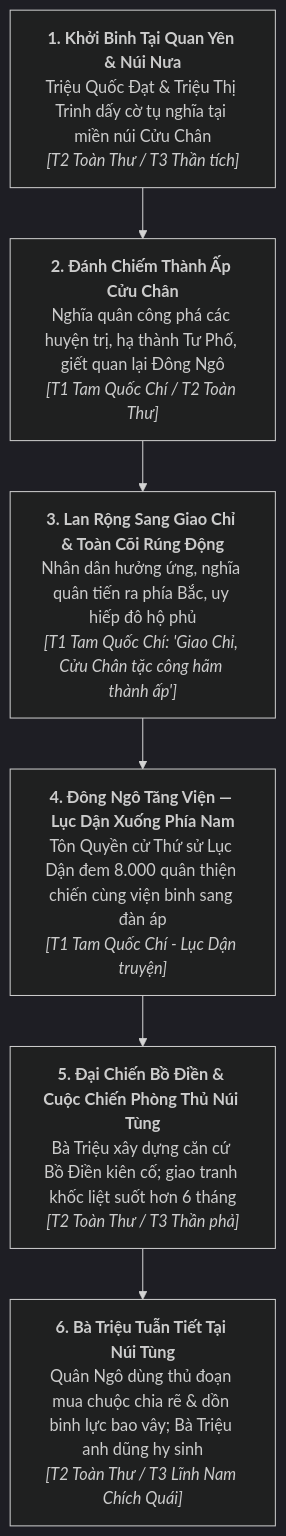
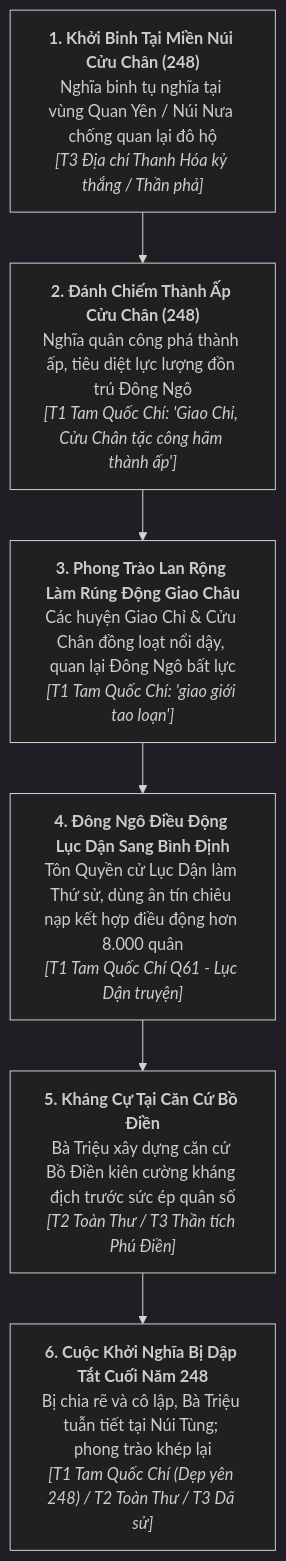
Before and after one commit to LightDucan/HuyenSu-TD: the diagram in docs/drafts/viet-su/ba-trieu-248/historical-context-and-timeline.md, drawn with Mermaid (dark theme). The commit also changed other lines of this file and 6 other files, not shown here.

````diff
--- a/docs/drafts/viet-su/ba-trieu-248/historical-context-and-timeline.md
+++ b/docs/drafts/viet-su/ba-trieu-248/historical-context-and-timeline.md
@@ -25,9 +25,9 @@
 ```mermaid
 flowchart TD
-    P1["<b>1. Khởi Binh Tại Quan Yên & Núi Nưa</b><br>Triệu Quốc Đạt & Triệu Thị Trinh dấy cờ tụ nghĩa tại miền núi Cửu Chân<br><i>[T2 Toàn Thư / T3 Thần tích]</i>"]
-    --> P2["<b>2. Đánh Chiếm Thành Ấp Cửu Chân</b><br>Nghĩa quân công phá các huyện trị, hạ thành Tư Phố, giết quan lại Đông Ngô<br><i>[T1 Tam Quốc Chí / T2 Toàn Thư]</i>"]
-    --> P3["<b>3. Lan Rộng Sang Giao Chỉ & Toàn Cõi Rúng Động</b><br>Nhân dân hưởng ứng, nghĩa quân tiến ra phía Bắc, uy hiếp đô hộ phủ<br><i>[T1 Tam Quốc Chí: 'Giao Chỉ, Cửu Chân tặc công hãm thành ấp']</i>"]
-    --> P4["<b>4. Đông Ngô Tăng Viện — Lục Dận Xuống Phía Nam</b><br>Tôn Quyền cử Thứ sử Lục Dận đem 8.000 quân thiện chiến cùng viện binh sang đàn áp<br><i>[T1 Tam Quốc Chí - Lục Dận truyện]</i>"]
-    --> P5["<b>5. Đại Chiến Bồ Điền & Cuộc Chiến Phòng Thủ Núi Tùng</b><br>Bà Triệu xây dựng căn cứ Bồ Điền kiên cố; giao tranh khốc liệt suốt hơn 6 tháng<br><i>[T2 Toàn Thư / T3 Thần phả]</i>"]
-    --> P6["<b>6. Bà Triệu Tuẫn Tiết Tại Núi Tùng</b><br>Quân Ngô dùng thủ đoạn mua chuộc chia rẽ & dồn binh lực bao vây; Bà Triệu anh dũng hy sinh<br><i>[T2 Toàn Thư / T3 Lĩnh Nam Chích Quái]</i>"]
+    P1["<b>1. Khởi Binh Tại Miền Núi Cửu Chân (248)</b><br>Nghĩa binh tụ nghĩa tại vùng Quan Yên / Núi Nưa chống quan lại đô hộ<br><i>[T3 Địa chí Thanh Hóa kỷ thắng / Thần phả]</i>"]
+    --> P2["<b>2. Đánh Chiếm Thành Ấp Cửu Chân (248)</b><br>Nghĩa quân công phá thành ấp, tiêu diệt lực lượng đồn trú Đông Ngô<br><i>[T1 Tam Quốc Chí: 'Giao Chỉ, Cửu Chân tặc công hãm thành ấp']</i>"]
+    --> P3["<b>3. Phong Trào Lan Rộng Làm Rúng Động Giao Châu</b><br>Các huyện Giao Chỉ & Cửu Chân đồng loạt nổi dậy, quan lại Đông Ngô bất lực<br><i>[T1 Tam Quốc Chí: 'giao giới tao loạn']</i>"]
+    --> P4["<b>4. Đông Ngô Điều Động Lục Dận Sang Bình Định</b><br>Tôn Quyền cử Lục Dận làm Thứ sử, dùng ân tín chiêu nạp kết hợp điều động hơn 8.000 quân<br><i>[T1 Tam Quốc Chí Q61 - Lục Dận truyện]</i>"]
+    --> P5["<b>5. Kháng Cự Tại Căn Cứ Bồ Điền</b><br>Bà Triệu xây dựng căn cứ Bồ Điền kiên cường kháng địch trước sức ép quân số<br><i>[T2 Toàn Thư / T3 Thần tích Phú Điền]</i>"]
+    --> P6["<b>6. Cuộc Khởi Nghĩa Bị Dập Tắt Cuối Năm 248</b><br>Bị chia rẽ và cô lập, Bà Triệu tuẫn tiết tại Núi Tùng; phong trào khép lại<br><i>[T1 Tam Quốc Chí (Dẹp yên 248) / T2 Toàn Thư / T3 Dã sử]</i>"]
 ```
````
